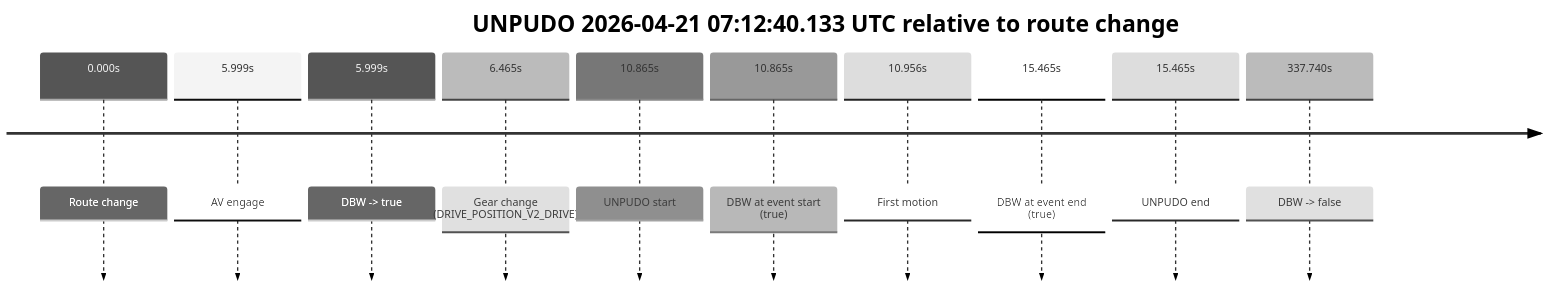
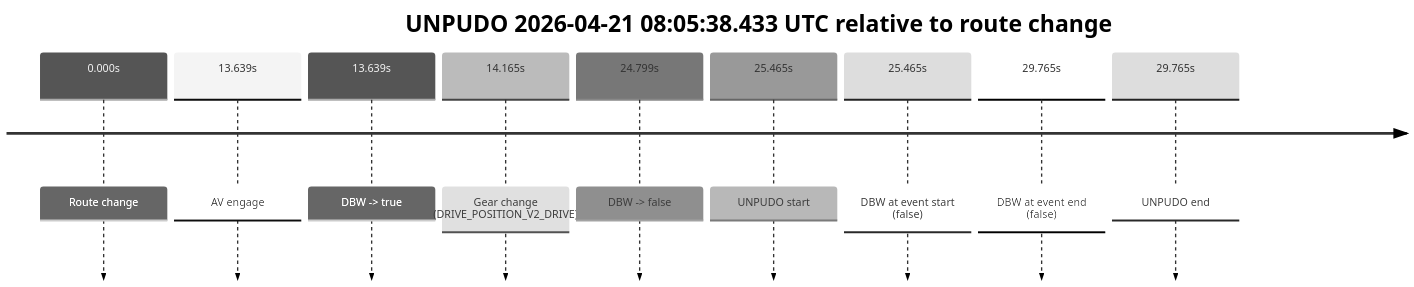
One commit to yoelshapiro/vault changed the first of 12 diagrams in model_analysis/report_cards/2026/04/Week-4/fme20018--2026-04-21--06-51-38--gen2-av-3b338e2e-43c9-46a2-8a76-6d485e5558ee.md. Above: the diagram before and after it, drawn with Mermaid (neutral theme). The commit also changed other lines of this file and 53 other files, not shown here.

````diff
--- a/model_analysis/report_cards/2026/04/Week-4/fme20018--2026-04-21--06-51-38--gen2-av-3b338e2e-43c9-46a2-8a76-6d485e5558ee.md
+++ b/model_analysis/report_cards/2026/04/Week-4/fme20018--2026-04-21--06-51-38--gen2-av-3b338e2e-43c9-46a2-8a76-6d485e5558ee.md
@@ -132,14 +42,13 @@
 ```mermaid
 timeline
-    title UNPUDO 2026-04-21 07:12:40.133 UTC relative to route change
+    title UNPUDO 2026-04-21 08:05:38.433 UTC relative to route change
     0.000s : Route change
-    5.999s : AV engage
-    5.999s : DBW -> true
-    6.465s : Gear change (DRIVE_POSITION_V2_DRIVE)
-    10.865s : UNPUDO start
-    10.865s : DBW at event start (true)
-    10.956s : First motion
-    15.465s : DBW at event end (true)
-    15.465s : UNPUDO end
-    337.740s : DBW -> false
+    13.639s : AV engage
+    13.639s : DBW -> true
+    14.165s : Gear change (DRIVE_POSITION_V2_DRIVE)
+    24.799s : DBW -> false
+    25.465s : UNPUDO start
+    25.465s : DBW at event start (false)
+    29.765s : DBW at event end (false)
+    29.765s : UNPUDO end
 ```
````
